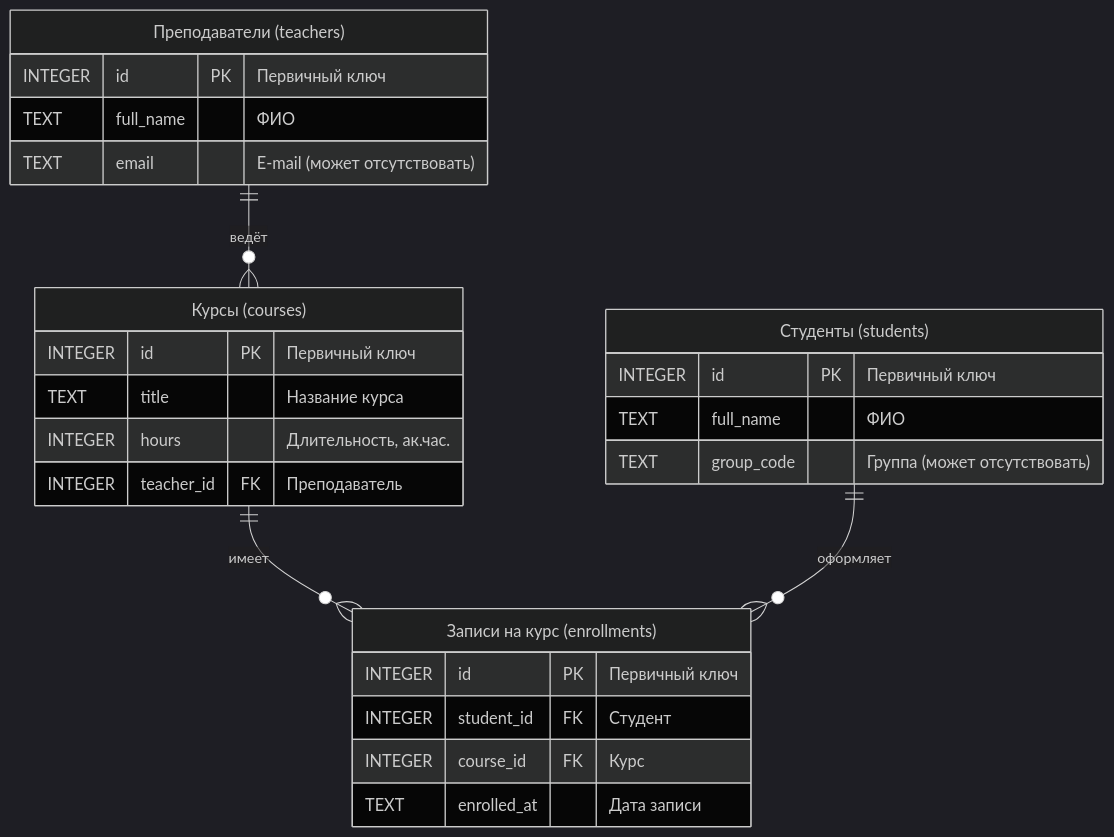
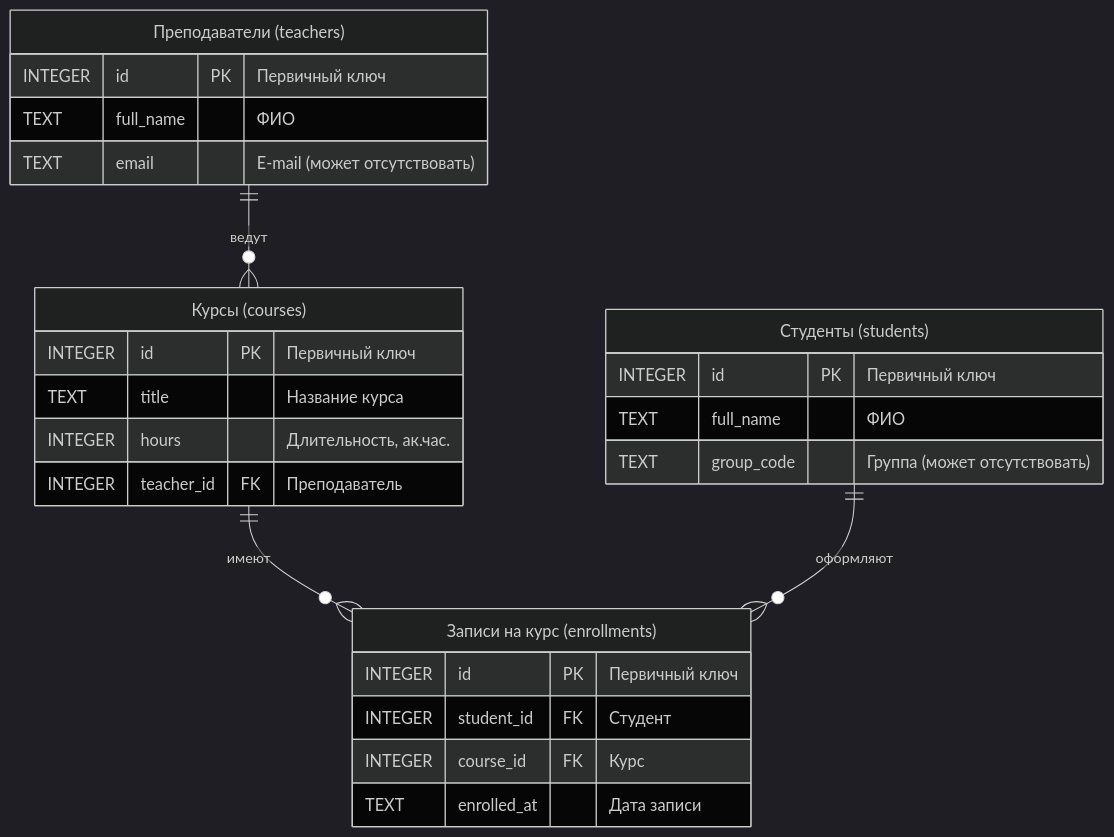
The diagram in disciplines/it03/lectures/includes/learning_portal_db/learning_portal.mermaid (vshp-online/it.vshp.online), drawn with Mermaid (dark theme) before and after one commit. The commit also changed 6 other files, not shown here.

Commit message:
Update 13_lecture.md, learning_portal.mermaid, authors_table.md, and 4 more files

```diff
--- a/disciplines/it03/lectures/includes/learning_portal_db/learning_portal.mermaid
+++ b/disciplines/it03/lectures/includes/learning_portal_db/learning_portal.mermaid
@@ -1,32 +1,32 @@
 erDiagram
   %% Сущности учебного портала
   teachers["Преподаватели (teachers)"] {
     INTEGER    id PK        "Первичный ключ"
     TEXT       full_name    "ФИО"
     TEXT       email        "E-mail (может отсутствовать)"
   }
 
   courses["Курсы (courses)"] {
     INTEGER    id PK            "Первичный ключ"
     TEXT       title            "Название курса"
     INTEGER    hours            "Длительность, ак.час."
     INTEGER    teacher_id FK    "Преподаватель"
   }
 
   students["Студенты (students)"] {
     INTEGER    id PK         "Первичный ключ"
     TEXT       full_name     "ФИО"
     TEXT       group_code    "Группа (может отсутствовать)"
   }
 
   enrollments["Записи на курс (enrollments)"] {
     INTEGER    id PK            "Первичный ключ"
     INTEGER    student_id FK    "Студент"
     INTEGER    course_id FK     "Курс"
     TEXT       enrolled_at      "Дата записи"
   }
 
   %% Связи и кратности
-  teachers ||--o{ courses : "ведёт"
-  courses ||--o{ enrollments : "имеет"
-  students ||--o{ enrollments : "оформляет"
+  teachers ||--o{ courses : "ведут"
+  courses ||--o{ enrollments : "имеют"
+  students ||--o{ enrollments : "оформляют"
```
